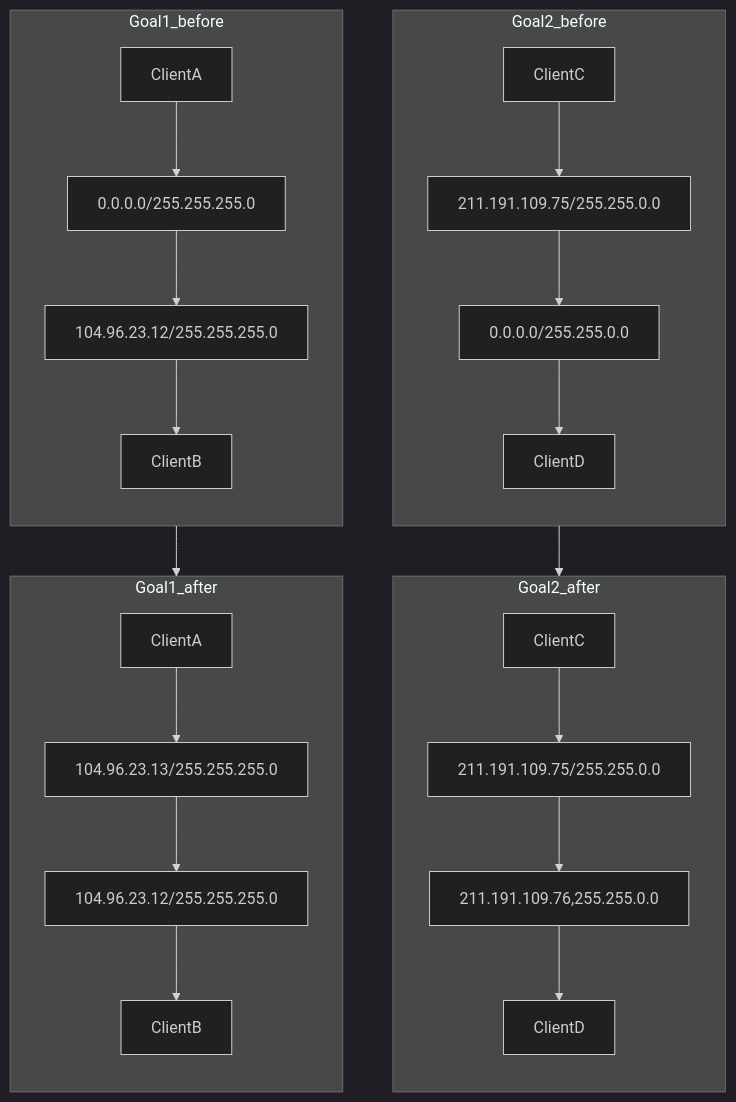
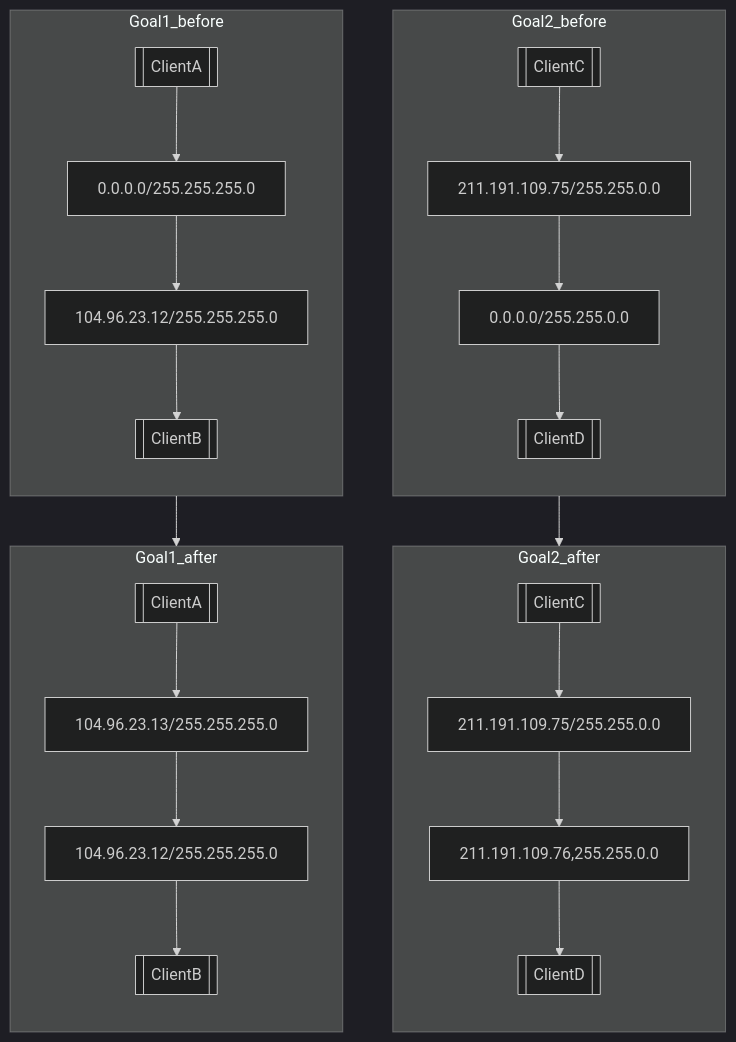
The second of 2 diagrams in level1.md (rikeda-cloud/net_practice), drawn with Mermaid (dark theme) before and after one commit. The commit also changed other lines of this file and 6 other files, not shown here.

````diff
--- a/level1.md
+++ b/level1.md
@@ -33,42 +33,42 @@
 ```mermaid
 flowchart
 
 Goal2_before-->Goal2_after
 subgraph Goal2_before
     direction TB
-    BE_CL_C[ClientC]
-    BE_CL_D[ClientD]
+    BE_CL_C[[ClientC]]
+    BE_CL_D[[ClientD]]
     BE_IF_C[211.191.109.75/255.255.0.0]
     BE_IF_D[0.0.0.0/255.255.0.0]
     BE_CL_C-->BE_IF_C-->BE_IF_D-->BE_CL_D
 end
 
 subgraph Goal2_after
     direction TB
-    AF_CL_C[ClientC]
-    AF_CL_D[ClientD]
+    AF_CL_C[[ClientC]]
+    AF_CL_D[[ClientD]]
     AF_IF_C[211.191.109.75/255.255.0.0]
     AF_IF_D[211.191.109.76,255.255.0.0]
     AF_CL_C-->AF_IF_C-->AF_IF_D-->AF_CL_D
 end
 
 
 Goal1_before-->Goal1_after
 subgraph Goal1_before
     direction TB
-    BE_CL_A[ClientA]
-    BE_CL_B[ClientB]
+    BE_CL_A[[ClientA]]
+    BE_CL_B[[ClientB]]
     BE_IF_A[0.0.0.0/255.255.255.0]
     BE_IF_B[104.96.23.12/255.255.255.0]
     BE_CL_A-->BE_IF_A-->BE_IF_B-->BE_CL_B
 end
 
 subgraph Goal1_after
     direction TB
-    AF_CL_A[ClientA]
-    AF_CL_B[ClientB]
+    AF_CL_A[[ClientA]]
+    AF_CL_B[[ClientB]]
     AF_IF_A[104.96.23.13/255.255.255.0]
     AF_IF_B[104.96.23.12/255.255.255.0]
     AF_CL_A-->AF_IF_A-->AF_IF_B-->AF_CL_B
 end
 ```
````
